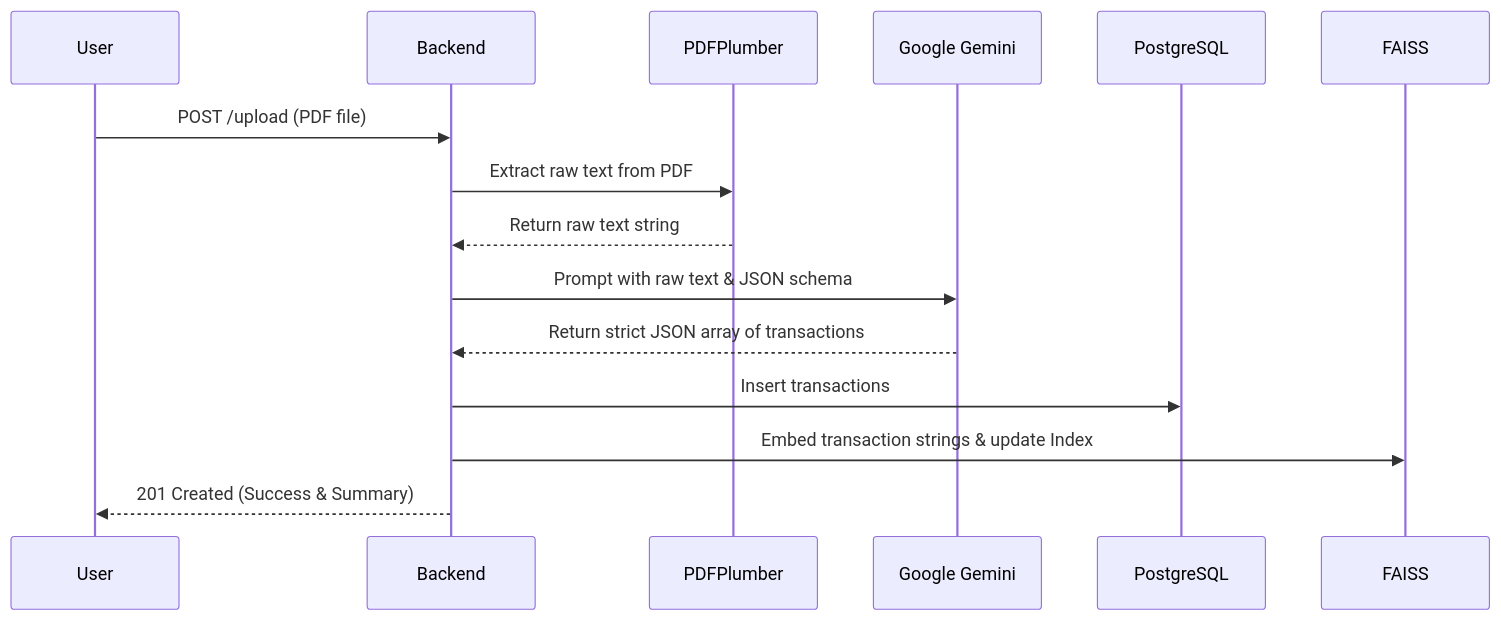
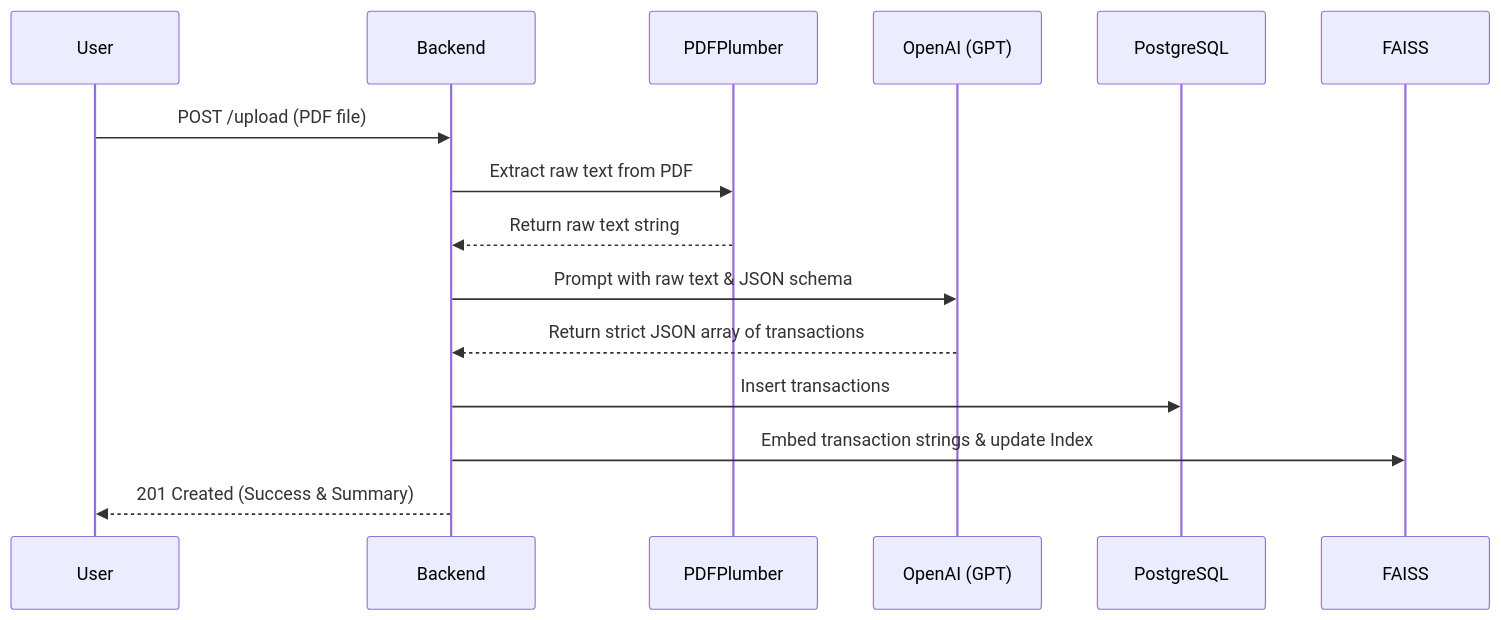
The fourth of 8 diagrams in docs/architecture_diagrams.md (Vaibhav-Rajput-connect/pocketpilot), drawn with Mermaid before and after one commit. The commit also changed other lines of this file and 51 other files, not shown here.

````diff
--- a/docs/architecture_diagrams.md
+++ b/docs/architecture_diagrams.md
@@ -158,20 +112,20 @@
 ```mermaid
 sequenceDiagram
     participant User
     participant Backend
     participant PDFPlumber
-    participant Gemini as Google Gemini
+    participant OpenAI as OpenAI (GPT)
     participant DB as PostgreSQL
     participant VectorStore as FAISS
     
     User->>Backend: POST /upload (PDF file)
     Backend->>PDFPlumber: Extract raw text from PDF
     PDFPlumber-->>Backend: Return raw text string
     
-    Backend->>Gemini: Prompt with raw text & JSON schema
-    Gemini-->>Backend: Return strict JSON array of transactions
+    Backend->>OpenAI: Prompt with raw text & JSON schema
+    OpenAI-->>Backend: Return strict JSON array of transactions
     
     Backend->>DB: Insert transactions
     Backend->>VectorStore: Embed transaction strings & update Index
     Backend-->>User: 201 Created (Success & Summary)
 ```
````
